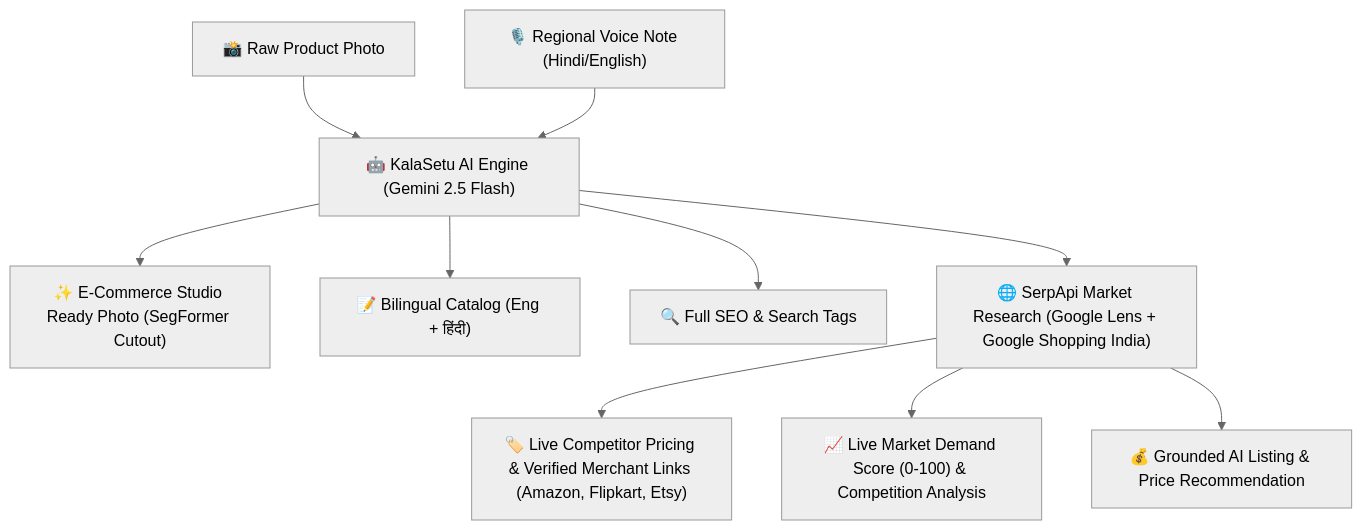
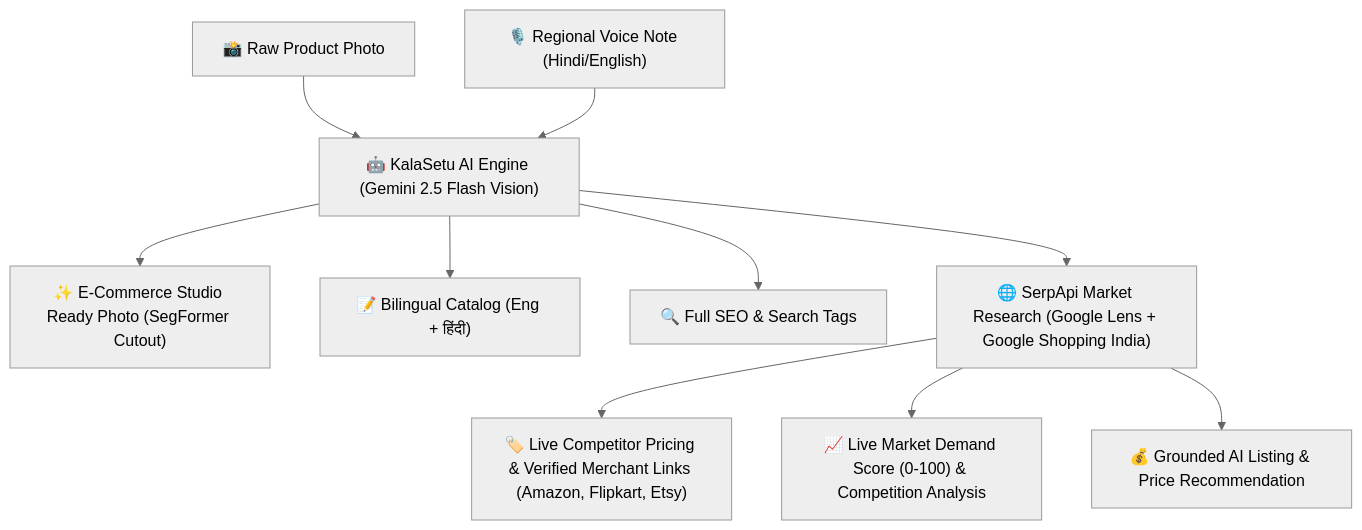
One commit to aakashkumar99347578-alt/Artisan-Ai changed the first of 2 diagrams in README.md. Above: the diagram before and after it, drawn with Mermaid (neutral theme). The commit also changed other lines of this file, not shown here.

````diff
--- a/README.md
+++ b/README.md
@@ -46,12 +46,12 @@
 ```mermaid
 graph TD
-    A["📸 Raw Product Photo"] --> C["🤖 KalaSetu AI Engine (Gemini 2.5 Flash)"]
+    A["📸 Raw Product Photo"] --> C["🤖 KalaSetu AI Engine (Gemini 2.5 Flash Vision)"]
     B["🎙️ Regional Voice Note (Hindi/English)"] --> C
     C --> D["✨ E-Commerce Studio Ready Photo (SegFormer Cutout)"]
     C --> E["📝 Bilingual Catalog (Eng + हिंदी)"]
     C --> F["🔍 Full SEO & Search Tags"]
     C --> G["🌐 SerpApi Market Research (Google Lens + Google Shopping India)"]
     G --> H["🏷️ Live Competitor Pricing & Verified Merchant Links (Amazon, Flipkart, Etsy)"]
     G --> I["📈 Live Market Demand Score (0-100) & Competition Analysis"]
     G --> J["💰 Grounded AI Listing & Price Recommendation"]
 ```
````
